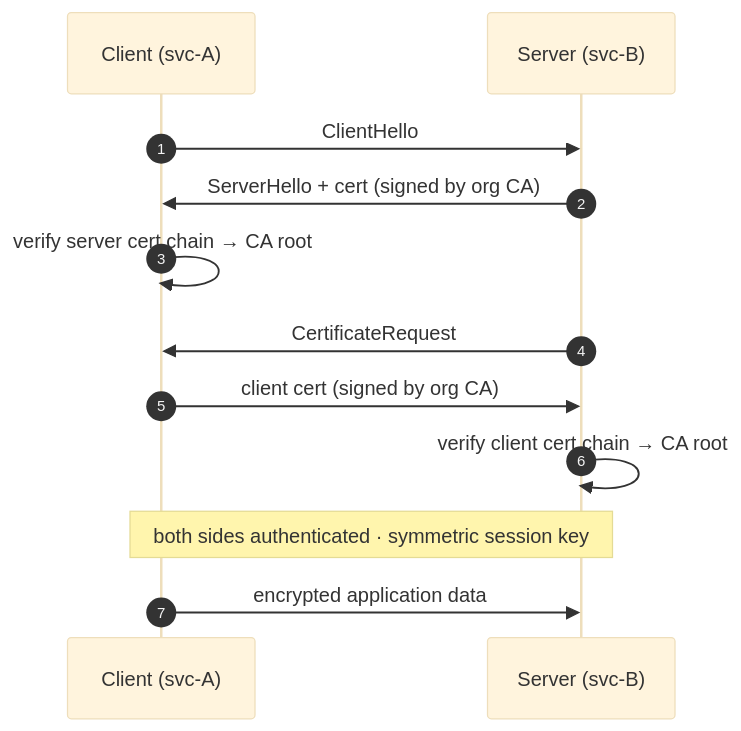
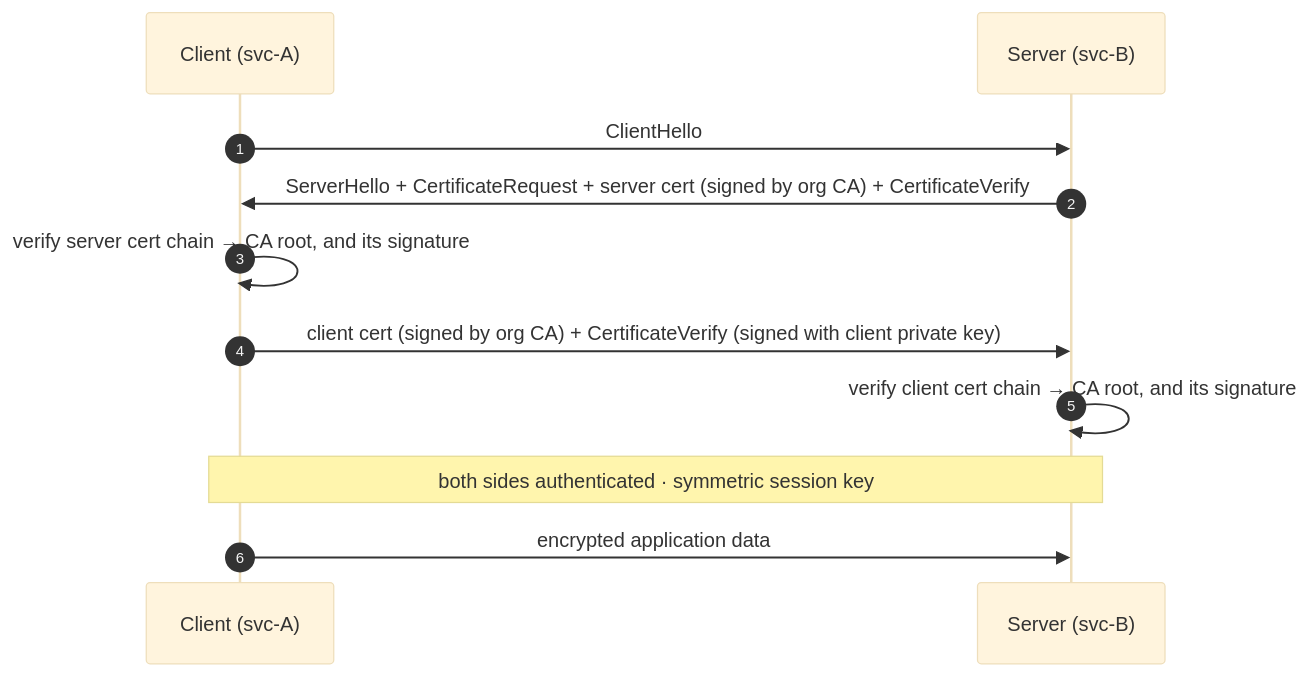
Before and after one commit to amanleloush/STACKTRACE: the first of 2 diagrams in src/content/notes/09-production-craft/mtls-certificates.mdx, drawn with Mermaid (base theme). The commit also changed other lines of this file and 258 other files, not shown here.

````diff
--- a/src/content/notes/09-production-craft/mtls-certificates.mdx
+++ b/src/content/notes/09-production-craft/mtls-certificates.mdx
@@ -20,14 +22,13 @@
 ```mermaid
 sequenceDiagram
     autonumber
     participant C as Client (svc-A)
     participant S as Server (svc-B)
     C->>S: ClientHello
-    S->>C: ServerHello + cert (signed by org CA)
-    C->>C: verify server cert chain → CA root
-    S->>C: CertificateRequest
-    C->>S: client cert (signed by org CA)
-    S->>S: verify client cert chain → CA root
+    S->>C: ServerHello + CertificateRequest + server cert (signed by org CA) + CertificateVerify
+    C->>C: verify server cert chain → CA root, and its signature
+    C->>S: client cert (signed by org CA) + CertificateVerify (signed with client private key)
+    S->>S: verify client cert chain → CA root, and its signature
     Note over C,S: both sides authenticated · symmetric session key
     C->>S: encrypted application data
 ```
````
